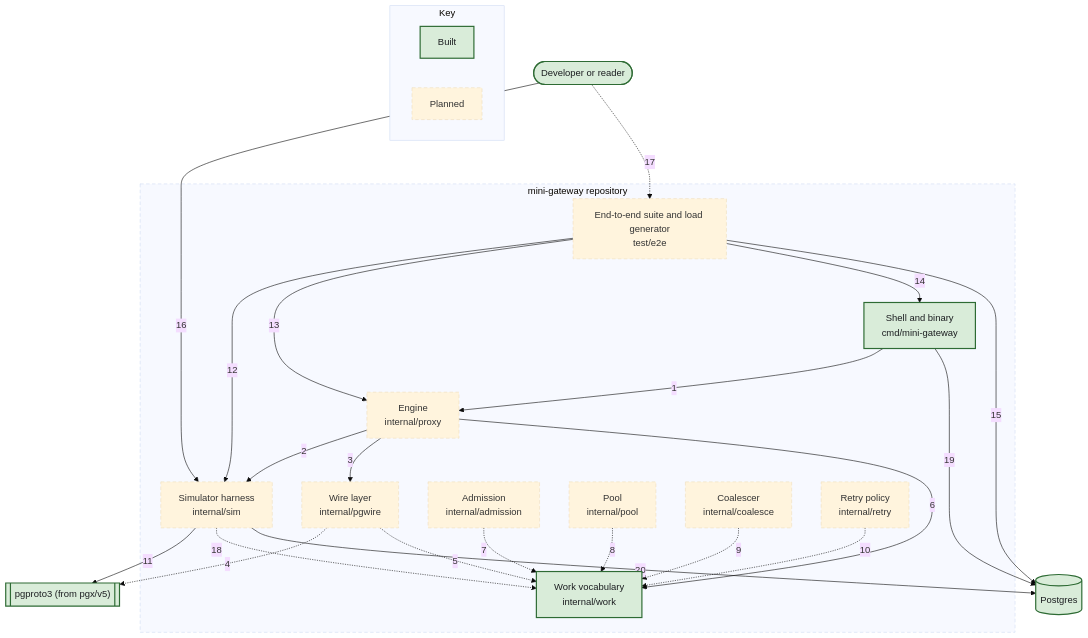
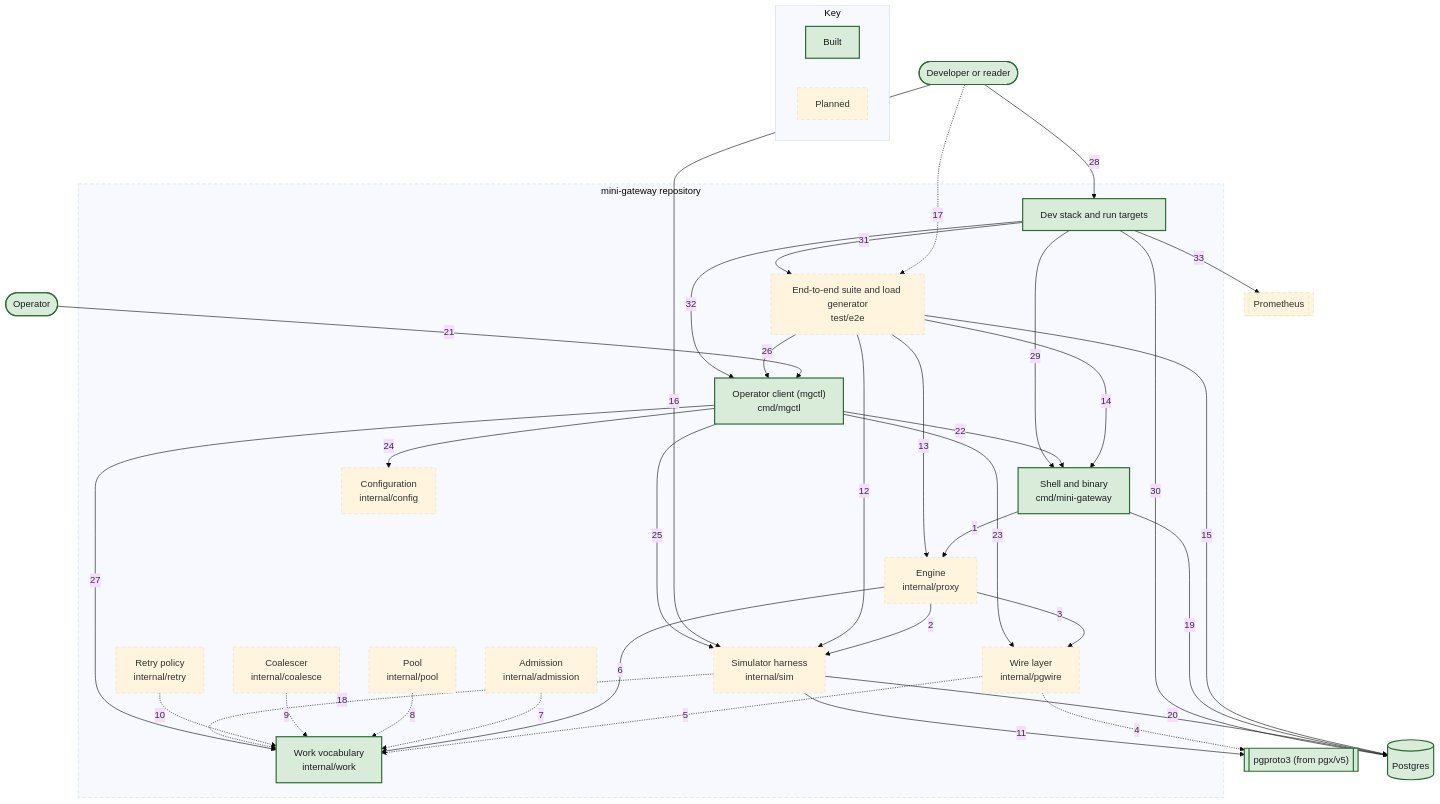
Before and after one commit to nickstrad/mini-gateway: the diagram in docs/c4/diagrams/03-container-drivers-and-seams.mmd, drawn with Mermaid (base theme). The commit also changed 16 other files, not shown here.

First line of the commit message:
c4: mark chunk 6a's operator tools built and draw them

```diff
--- a/docs/c4/diagrams/03-container-drivers-and-seams.mmd
+++ b/docs/c4/diagrams/03-container-drivers-and-seams.mmd
@@ -1,43 +1,61 @@
 flowchart TB
   DEVELOPER(["Developer or reader"]):::built
+  OPERATOR(["Operator"]):::built
   PGPROTO3[["pgproto3 (from pgx/v5)"]]:::built
   PG[("Postgres")]:::built
+  PROM[["Prometheus"]]:::planned
   subgraph SCOPE["mini-gateway repository"]
     C_SIM["Simulator harness<br/>internal/sim"]:::planned
     C_E2E["End-to-end suite and load generator<br/>test/e2e"]:::planned
+    C_MGCTL["Operator client (mgctl)<br/>cmd/mgctl"]:::built
+    C_DEV["Dev stack and run targets"]:::built
     C_SHELL["Shell and binary<br/>cmd/mini-gateway"]:::built
     C_ENGINE["Engine<br/>internal/proxy"]:::planned
     C_PGWIRE["Wire layer<br/>internal/pgwire"]:::planned
     C_WORK["Work vocabulary<br/>internal/work"]:::built
     C_ADM["Admission<br/>internal/admission"]:::planned
     C_POOL["Pool<br/>internal/pool"]:::planned
     C_COAL["Coalescer<br/>internal/coalesce"]:::planned
     C_RETRY["Retry policy<br/>internal/retry"]:::planned
+    C_CONFIG["Configuration<br/>internal/config"]:::planned
   end
   C_SHELL -->|1| C_ENGINE
   C_ENGINE -->|2| C_SIM
   C_ENGINE -->|3| C_PGWIRE
   C_PGWIRE -.->|4| PGPROTO3
   C_PGWIRE -.->|5| C_WORK
   C_ENGINE -->|6| C_WORK
   C_ADM -.->|7| C_WORK
   C_POOL -.->|8| C_WORK
   C_COAL -.->|9| C_WORK
   C_RETRY -.->|10| C_WORK
   C_SIM -->|11| PGPROTO3
   C_E2E -->|12| C_SIM
   C_E2E -->|13| C_ENGINE
   C_E2E -->|14| C_SHELL
   C_E2E -->|15| PG
   DEVELOPER -->|16| C_SIM
   DEVELOPER -.->|17| C_E2E
   C_SIM -.->|18| C_WORK
   C_SHELL -->|19| PG
   C_SIM -->|20| PG
+  OPERATOR -->|21| C_MGCTL
+  C_MGCTL -->|22| C_SHELL
+  C_MGCTL -->|23| C_PGWIRE
+  C_MGCTL -->|24| C_CONFIG
+  C_MGCTL -->|25| C_SIM
+  C_E2E -->|26| C_MGCTL
+  C_MGCTL -->|27| C_WORK
+  DEVELOPER -->|28| C_DEV
+  C_DEV -->|29| C_SHELL
+  C_DEV -->|30| PG
+  C_DEV -->|31| C_E2E
+  C_DEV -->|32| C_MGCTL
+  C_DEV -->|33| PROM
   subgraph KEY["Key"]
     KEY_BUILT["Built"]:::built
     KEY_PLANNED["Planned"]:::planned
   end
   classDef built fill:#d9ecd9,stroke:#2e6b34,stroke-width:2px,color:#1c1e21
   classDef planned stroke-width:1px,stroke-dasharray:6 4
   style SCOPE stroke-dasharray:6 4
```
